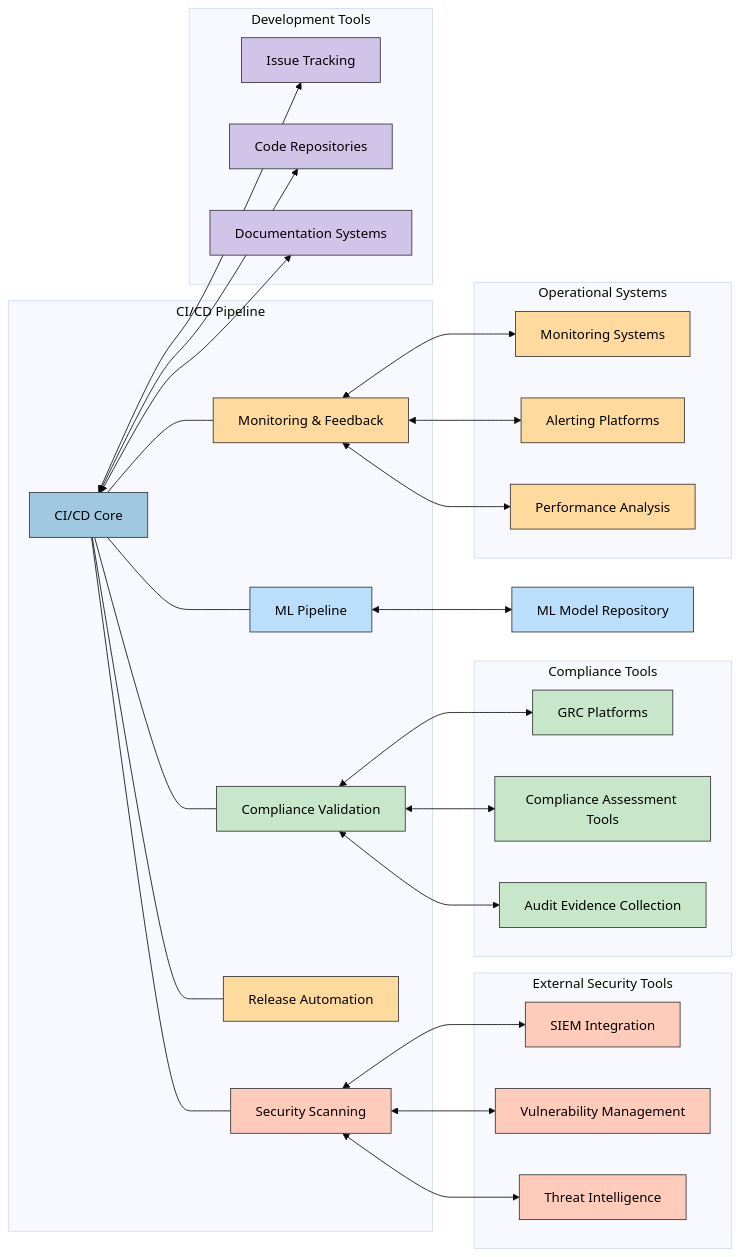
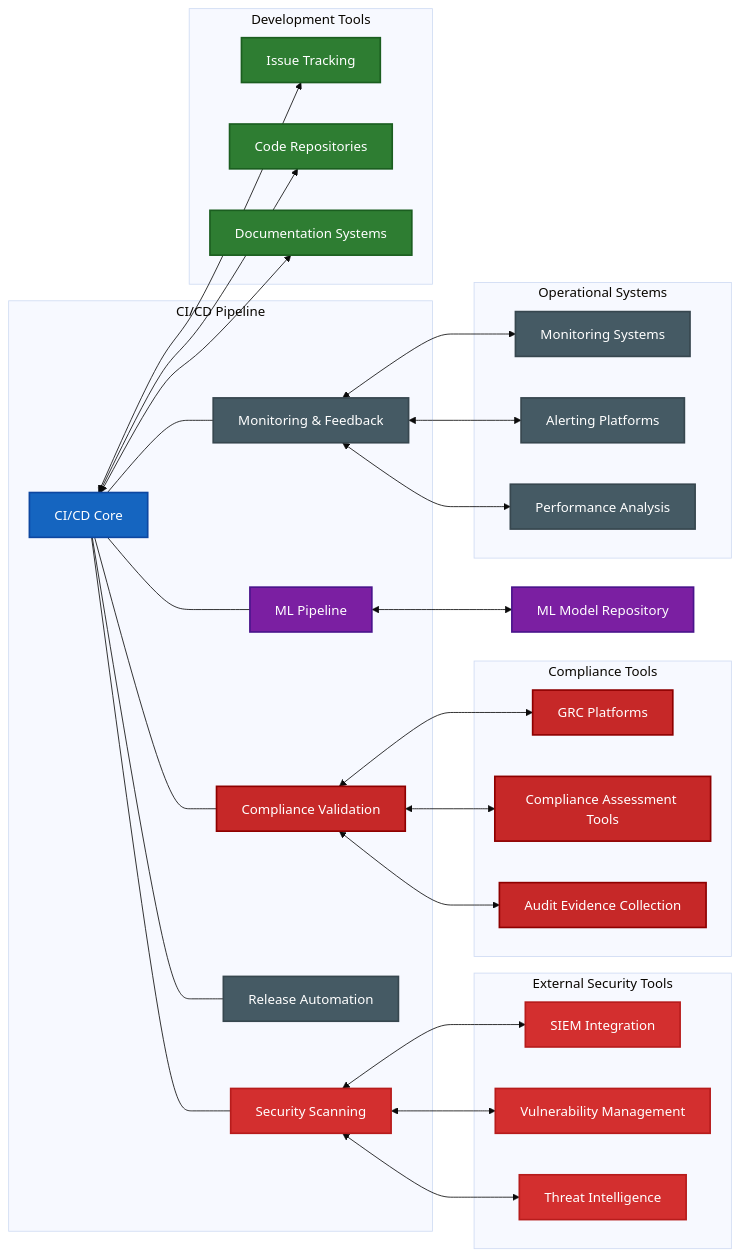
Before and after one commit to Hack23/cia-compliance-manager: the sixth of 7 diagrams in docs/architecture/FUTURE_WORKFLOWS.md, drawn with Mermaid (base theme). The commit also changed other lines of this file and 18 other files, not shown here.

First line of the commit message:
style: update all classDef colors to ISMS style guide palette and fix quadrant charts

````diff
--- a/docs/architecture/FUTURE_WORKFLOWS.md
+++ b/docs/architecture/FUTURE_WORKFLOWS.md
@@ -367,66 +367,66 @@
 ```mermaid
 flowchart LR
     subgraph "CI/CD Pipeline"
         A[CI/CD Core] --- B[Security Scanning]
         A --- C[Compliance Validation]
         A --- D[ML Pipeline]
         A --- E[Release Automation]
         A --- F[Monitoring & Feedback]
     end
 
     subgraph "External Security Tools"
         S1[SIEM Integration]
         S2[Vulnerability Management]
         S3[Threat Intelligence]
     end
 
     subgraph "Compliance Tools"
         C1[GRC Platforms]
         C2[Compliance Assessment Tools]
         C3[Audit Evidence Collection]
     end
 
     subgraph "Development Tools"
         D1[Issue Tracking]
         D2[Code Repositories]
         D3[Documentation Systems]
     end
 
     subgraph "Operational Systems"
         O1[Monitoring Systems]
         O2[Alerting Platforms]
         O3[Performance Analysis]
     end
 
     B <--> S1
     B <--> S2
     B <--> S3
     
     C <--> C1
     C <--> C2
     C <--> C3
     
     A <--> D1
     A <--> D2
     A <--> D3
     
     F <--> O1
     F <--> O2
     F <--> O3
     
     D <--> MLR[ML Model Repository]
 
-    classDef core fill:#a0c8e0,stroke:#333,stroke-width:1px,color:black
-    classDef security fill:#ffccbc,stroke:#333,stroke-width:1px,color:black
-    classDef compliance fill:#c8e6c9,stroke:#333,stroke-width:1px,color:black
-    classDef dev fill:#d1c4e9,stroke:#333,stroke-width:1px,color:black
-    classDef ops fill:#ffda9e,stroke:#333,stroke-width:1px,color:black
-    classDef ml fill:#bbdefb,stroke:#333,stroke-width:1px,color:black
+    classDef core fill:#1565C0,stroke:#0D47A1,stroke-width:2px,color:#ffffff
+    classDef security fill:#D32F2F,stroke:#B71C1C,stroke-width:2px,color:#ffffff
+    classDef compliance fill:#C62828,stroke:#8E0000,stroke-width:2px,color:#ffffff
+    classDef dev fill:#2E7D32,stroke:#1B5E20,stroke-width:2px,color:#ffffff
+    classDef ops fill:#455A64,stroke:#37474F,stroke-width:2px,color:#ffffff
+    classDef ml fill:#7B1FA2,stroke:#4A148C,stroke-width:2px,color:#ffffff
     
     class A core
     class B,S1,S2,S3 security
     class C,C1,C2,C3 compliance
     class D1,D2,D3 dev
     class E,F,O1,O2,O3 ops
     class D,MLR ml
 ```
````
